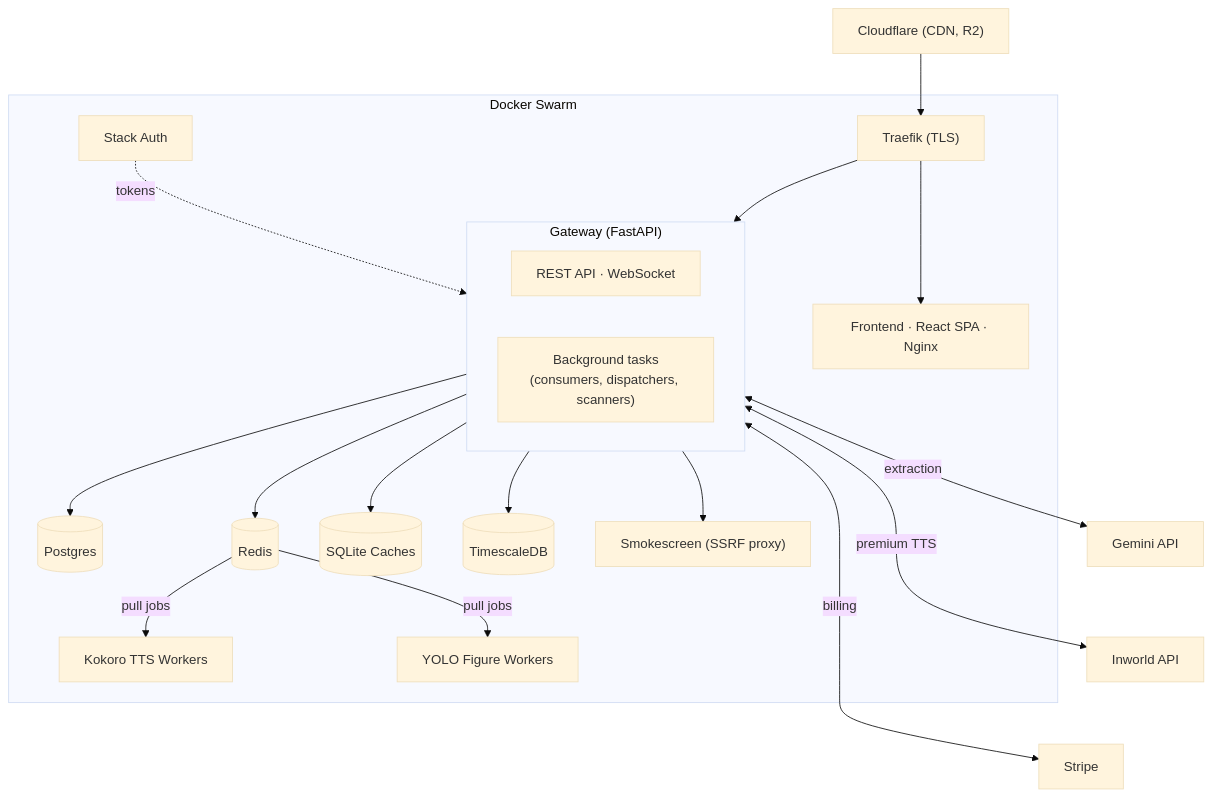
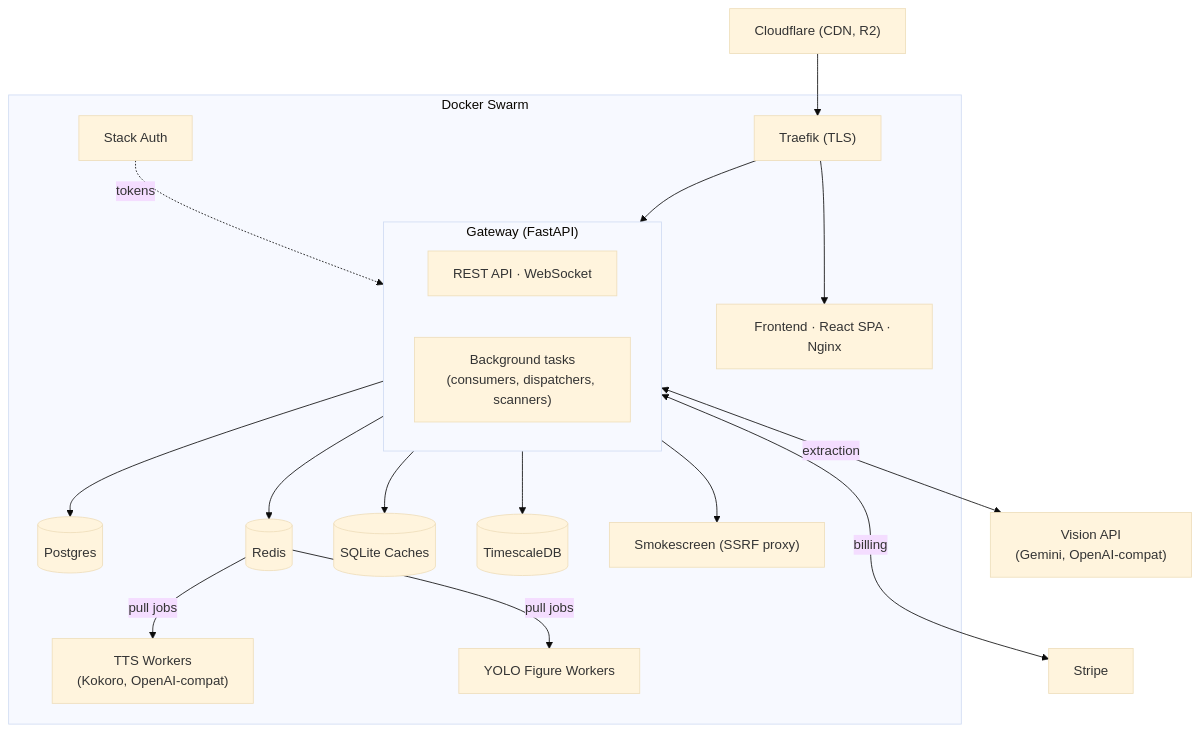
Before and after one commit to yapit-tts/yapit: the first of 7 diagrams in docs/architecture.md, drawn with Mermaid (base theme). The commit also changed other lines of this file and 51 other files, not shown here.

````diff
--- a/docs/architecture.md
+++ b/docs/architecture.md
@@ -5,31 +5,30 @@
 ```mermaid
 flowchart TD
     CF["Cloudflare (CDN, R2)"] --> Traefik
 
     subgraph swarm ["Docker Swarm"]
         Traefik["Traefik (TLS)"] --> Frontend["Frontend · React SPA · Nginx"]
         Traefik --> GW
 
         Auth["Stack Auth"] -.->|tokens| GW
 
         subgraph GW ["Gateway (FastAPI)"]
             direction LR
             API["REST API · WebSocket"]
             BG["Background tasks<br/>(consumers, dispatchers, scanners)"]
         end
 
         GW --> PG[(Postgres)] & Redis[(Redis)] & SQLite[(SQLite Caches)]
         GW --> TS[(TimescaleDB)]
 
         GW --> Smoke["Smokescreen (SSRF proxy)"]
 
-        Redis -->|pull jobs| Kokoro["Kokoro TTS Workers"]
+        Redis -->|pull jobs| TTS["TTS Workers<br/>(Kokoro, OpenAI-compat)"]
         Redis -->|pull jobs| YOLO["YOLO Figure Workers"]
     end
 
-    Gemini["Gemini API"] ~~~ Inworld["Inworld API"] ~~~ Stripe
+    VisionAPI["Vision API<br/>(Gemini, OpenAI-compat)"] ~~~ Stripe
 
-    GW <-->|extraction| Gemini
-    GW <-->|premium TTS| Inworld
+    GW <-->|extraction| VisionAPI
     GW <-->|billing| Stripe
 ```
````
